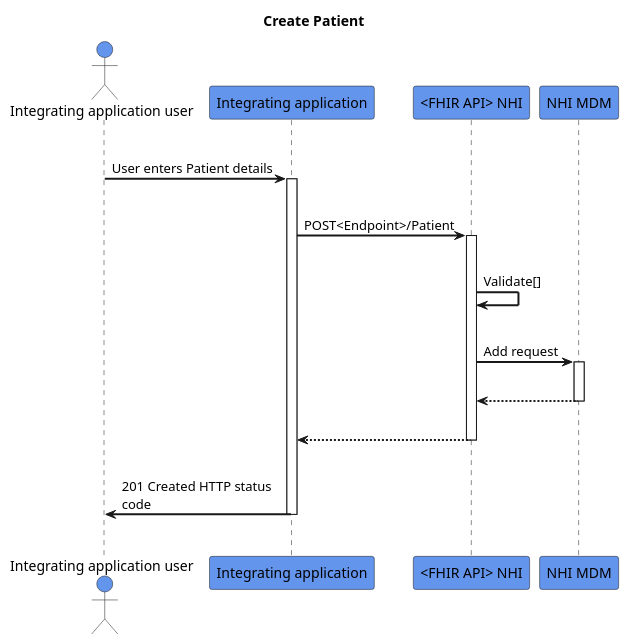
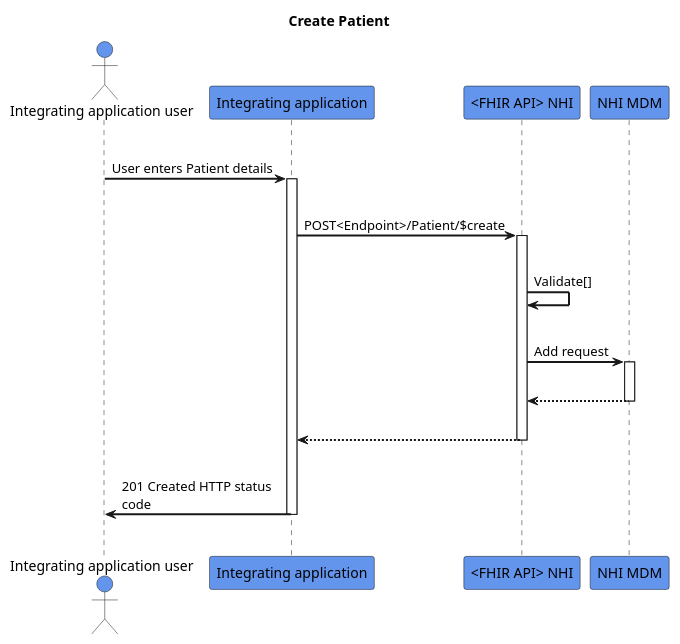
Before and after one commit to HL7NZ/nhi: the diagram in input/images-source/create-patient.plantuml, drawn with PlantUML.

```diff
--- a/input/images-source/create-patient.plantuml
+++ b/input/images-source/create-patient.plantuml
@@ -2,32 +2,32 @@
 @startuml
 skinparam sequenceArrowThickness 2
 skinparam roundcorner 5
 skinparam maxmessagesize 180
 skinparam sequenceParticipant bold
 title Create Patient
 actor "Integrating application user" as User #CornflowerBlue
 participant "Integrating application" as A #CornflowerBlue
 participant "<FHIR API> NHI" as B #CornflowerBlue
 participant "NHI MDM" as C #CornflowerBlue
 |||
 User -> A: User enters Patient details
 activate A
 |||
-A -> B: POST<Endpoint>/Patient
+A -> B: POST<Endpoint>/Patient/$create
 activate B
 |||
 B -> B: Validate[]
 |||
 B -> C: Add request
 activate C
 |||
 C -[dashed]-> B:  
 deactivate C
 |||
 B -[dashed]-> A:
 deactivate B
 |||
 A -> User: 201 Created HTTP status code
 deactivate A
 |||
 @enduml
```
